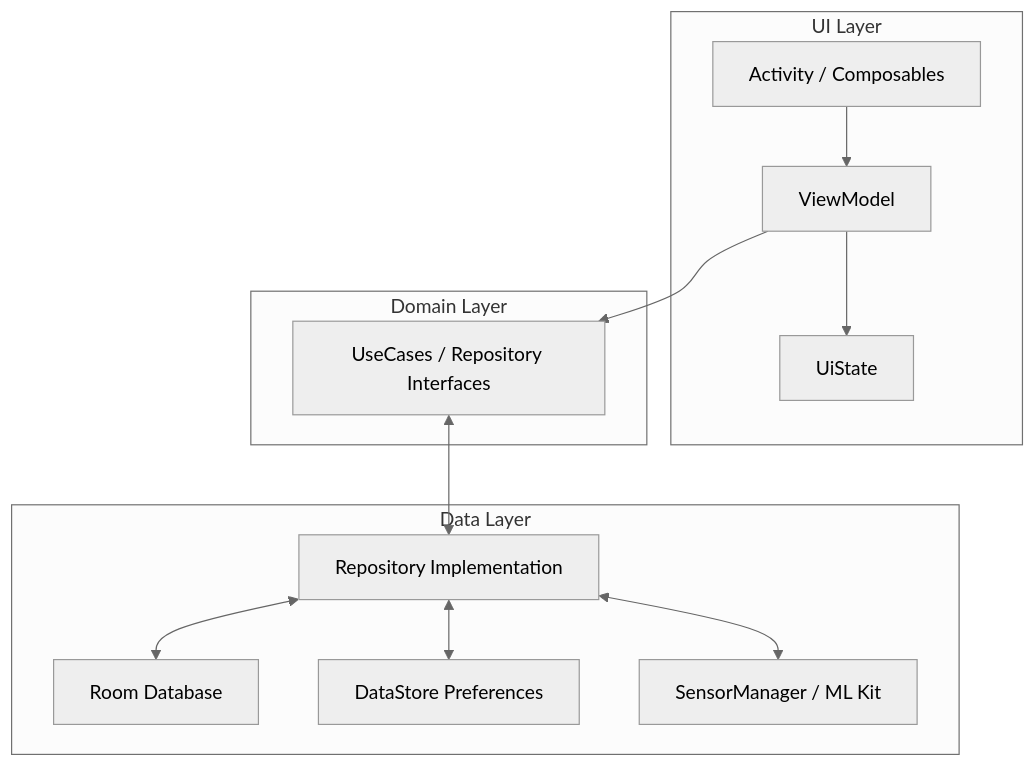
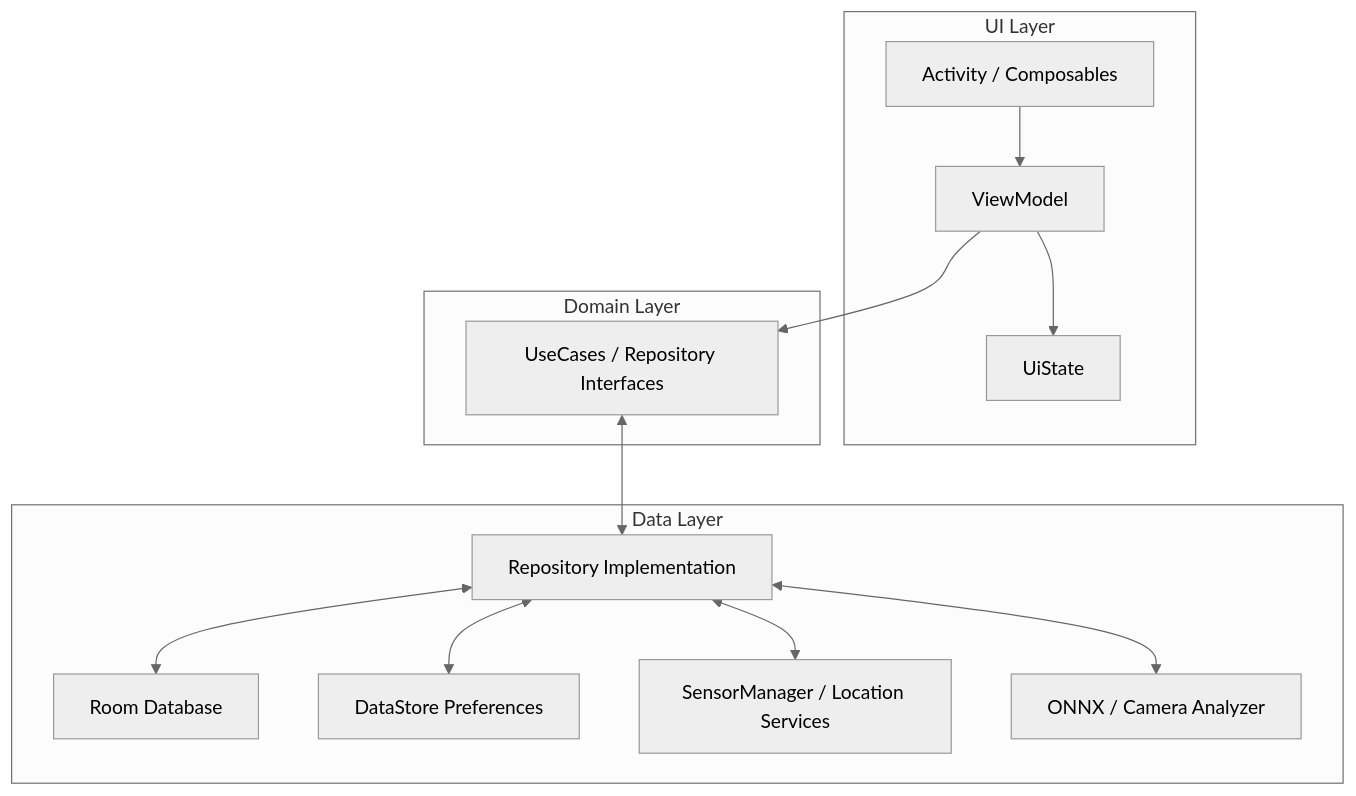
One commit to jazwinn/MobileProject changed the diagram in README.md. Above: the diagram before and after it, drawn with Mermaid (neutral theme). The commit also changed other lines of this file, not shown here.

````diff
--- a/README.md
+++ b/README.md
@@ -30,18 +53,19 @@
 ```mermaid
 graph TD
     subgraph UI_Layer [UI Layer]
         A[Activity / Composables] --> B[ViewModel]
         B --> C[UiState]
     end
 
     subgraph Domain_Layer [Domain Layer]
         B --> D[UseCases / Repository Interfaces]
     end
 
     subgraph Data_Layer [Data Layer]
         D <--> E[Repository Implementation]
         E <--> F[Room Database]
         E <--> G[DataStore Preferences]
-        E <--> H[SensorManager / ML Kit]
+        E <--> H[SensorManager / Location Services]
+        E <--> I[ONNX / Camera Analyzer]
     end
 ```
````
